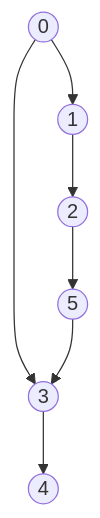
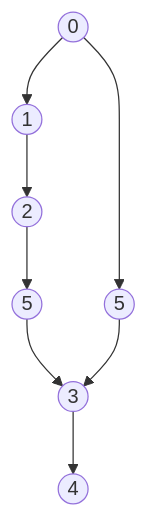
One commit to sgorgun/depth-first-search-task-python changed the eighth of 8 diagrams in README.md. Above: the diagram before and after it, drawn with Mermaid. The commit also changed other lines of this file, not shown here.

````diff
--- a/README.md
+++ b/README.md
@@ -126,11 +130,13 @@
 ```mermaid
 graph TD;
     A((0)) --> B((1));
     B --> C((2));
-    A --> D((3));
+    D((3));
     E((4));
     F((5));
     F --> D;
     C --> F;
     D --> E;
+    A --> H((5));
+    H --> D;
 ```
````
